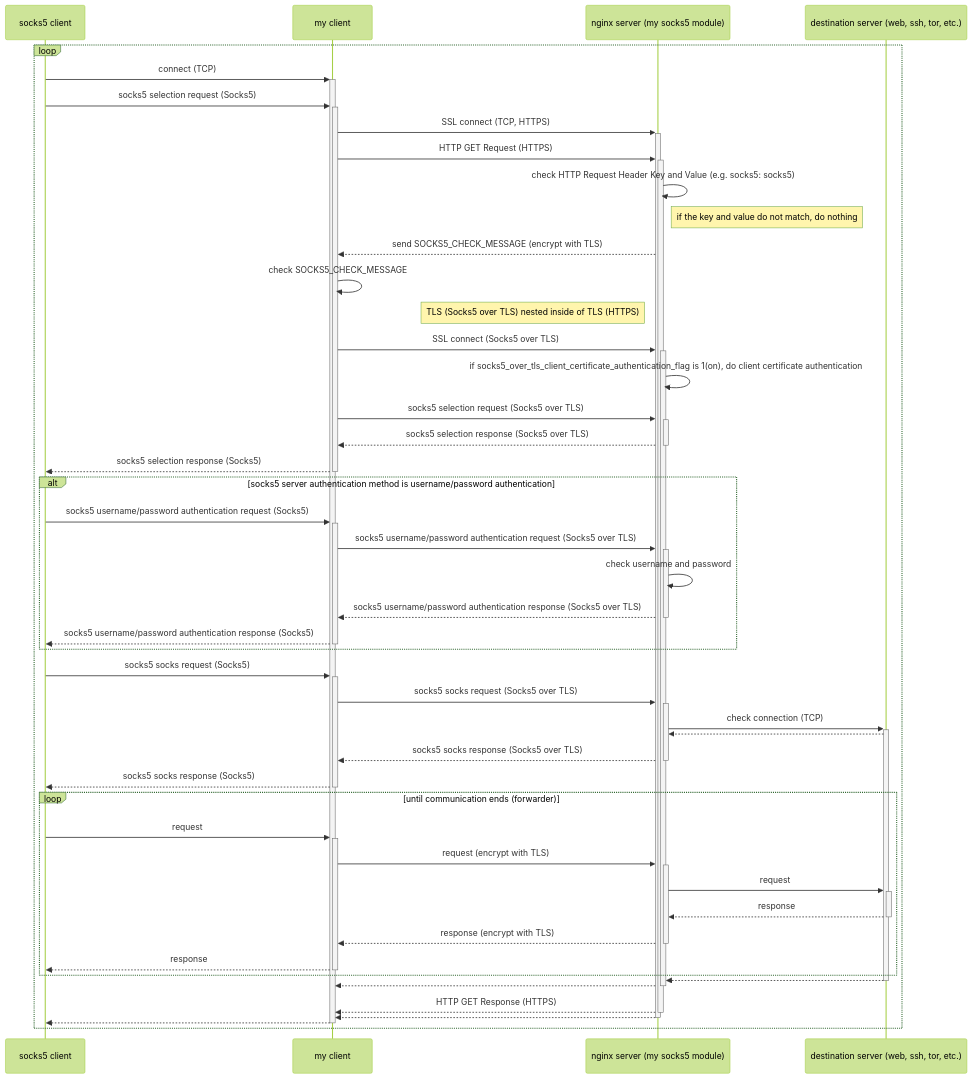
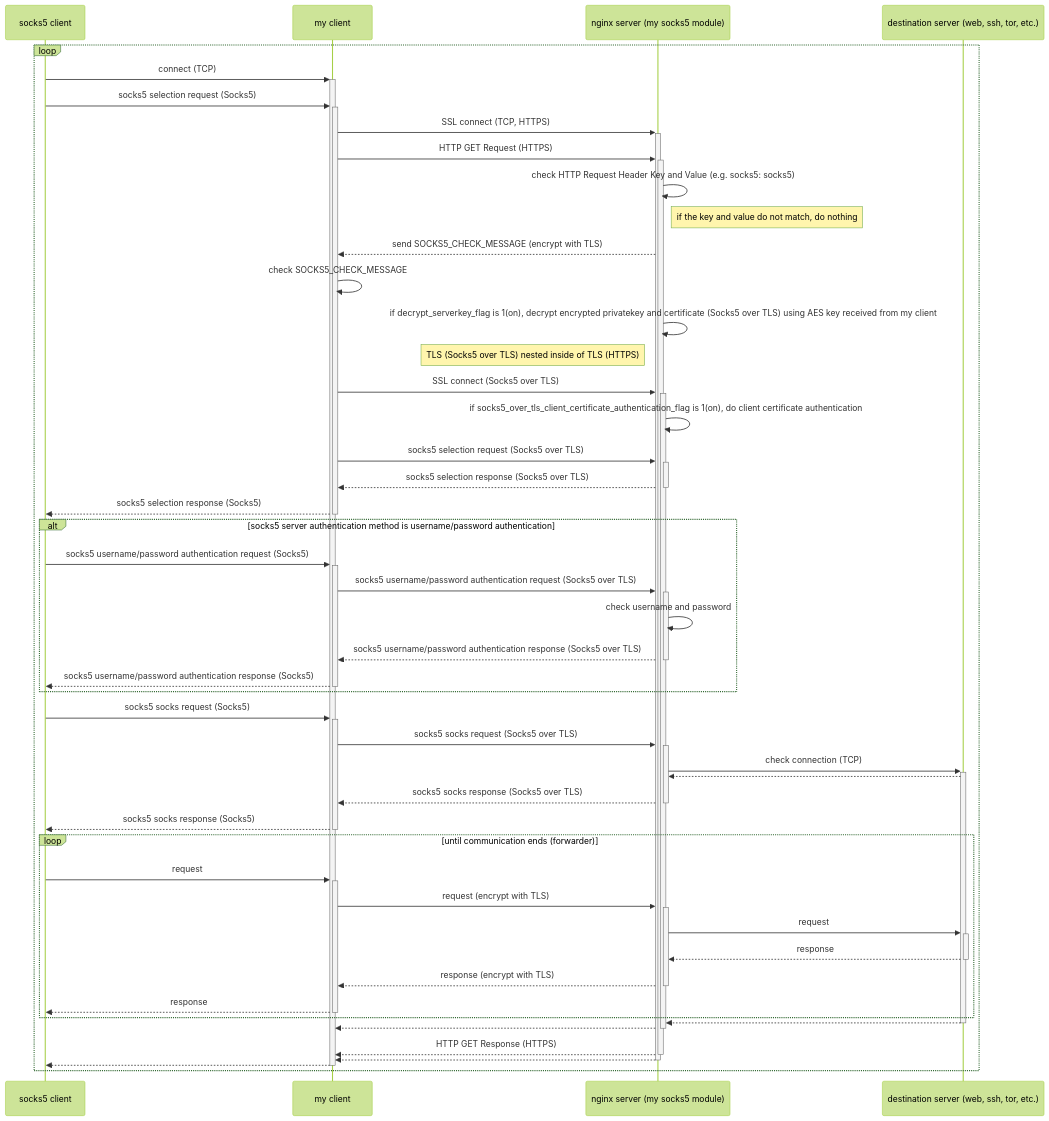
The first of 4 diagrams in README.md (shuichiro-endo/socks5-nginx-module-v2), drawn with Mermaid (forest theme) before and after one commit. The commit also changed other lines of this file, not shown here.

````diff
--- a/README.md
+++ b/README.md
@@ -13,49 +13,50 @@
 ```mermaid
 sequenceDiagram
     participant A as socks5 client
     participant B as my client
     participant C as nginx server (my socks5 module)
     participant D as destination server (web, ssh, tor, etc.)
     loop 
         A->>+B: connect (TCP)
         A->>+B: socks5 selection request (Socks5)
         B->>+C: SSL connect (TCP, HTTPS)
         B->>+C: HTTP GET Request (HTTPS)
         C->>C: check HTTP Request Header Key and Value (e.g. socks5: socks5)
         note right of C: if the key and value do not match, do nothing
         C-->>B: send SOCKS5_CHECK_MESSAGE (encrypt with TLS)
         B->>B: check SOCKS5_CHECK_MESSAGE
+        C->>C: if decrypt_serverkey_flag is 1(on), decrypt encrypted privatekey and certificate (Socks5 over TLS) using AES key received from my client
         note left of C: TLS (Socks5 over TLS) nested inside of TLS (HTTPS)
         B->>+C: SSL connect (Socks5 over TLS)
         C->>C: if socks5_over_tls_client_certificate_authentication_flag is 1(on), do client certificate authentication
         B->>+C: socks5 selection request (Socks5 over TLS)
         C-->>-B: socks5 selection response (Socks5 over TLS)
         B-->>-A: socks5 selection response (Socks5)
         alt socks5 server authentication method is username/password authentication
         A->>+B: socks5 username/password authentication request (Socks5)
         B->>+C: socks5 username/password authentication request (Socks5 over TLS)
         C->>C: check username and password
         C-->>-B: socks5 username/password authentication response (Socks5 over TLS)
         B-->>-A: socks5 username/password authentication response (Socks5)
         end
         A->>+B: socks5 socks request (Socks5)
         B->>+C: socks5 socks request (Socks5 over TLS)
         C->>+D: check connection (TCP)
         D-->>C: 
         C-->>-B: socks5 socks response (Socks5 over TLS)
         B-->>-A: socks5 socks response (Socks5)
         loop until communication ends (forwarder)
             A->>+B: request
             B->>+C: request (encrypt with TLS)
             C->>+D: request
             D-->>-C: response
             C-->>-B: response (encrypt with TLS)
             B-->>-A: response
         end
         D-->>-C:  
         C-->>-B: 
         C-->>-B: HTTP GET Response (HTTPS)
         C-->>-B: 
         B-->>-A: 
     end
 ```
````
